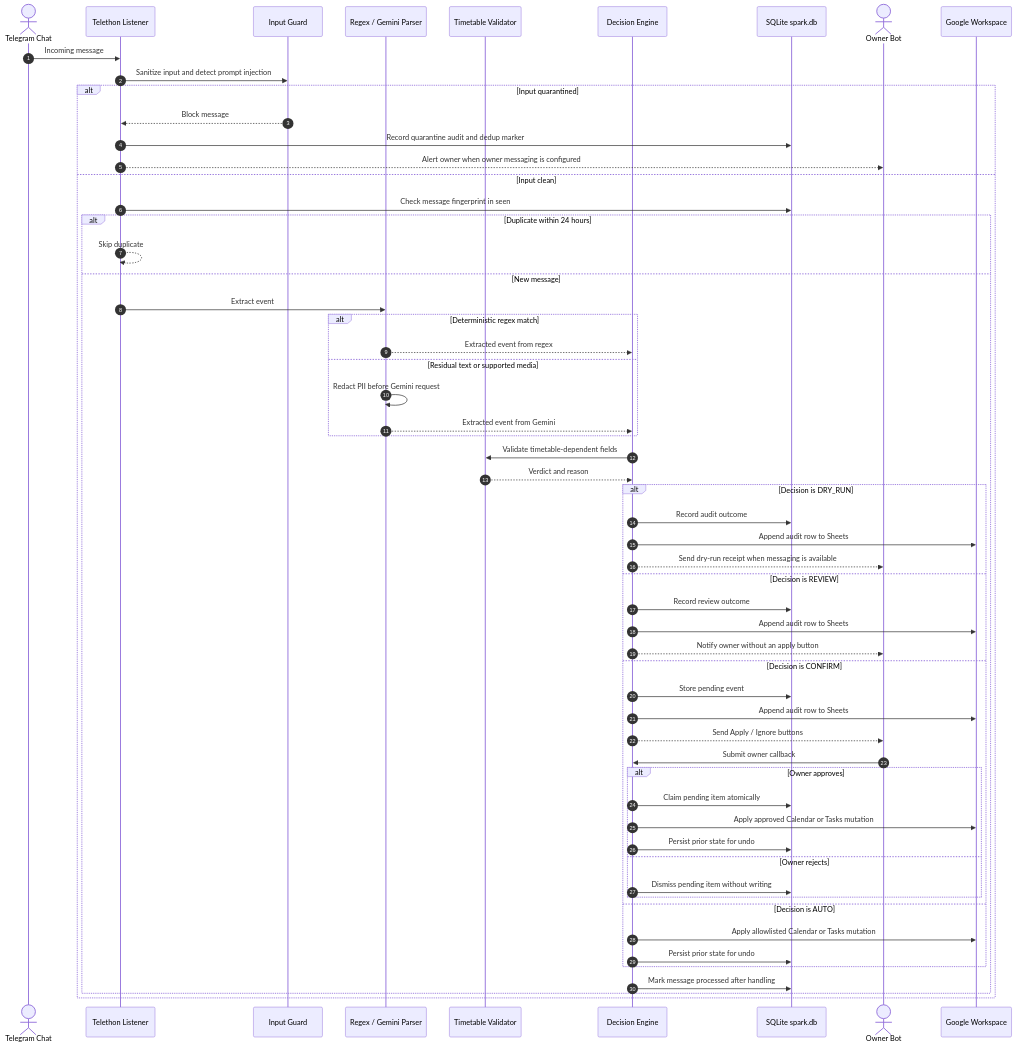
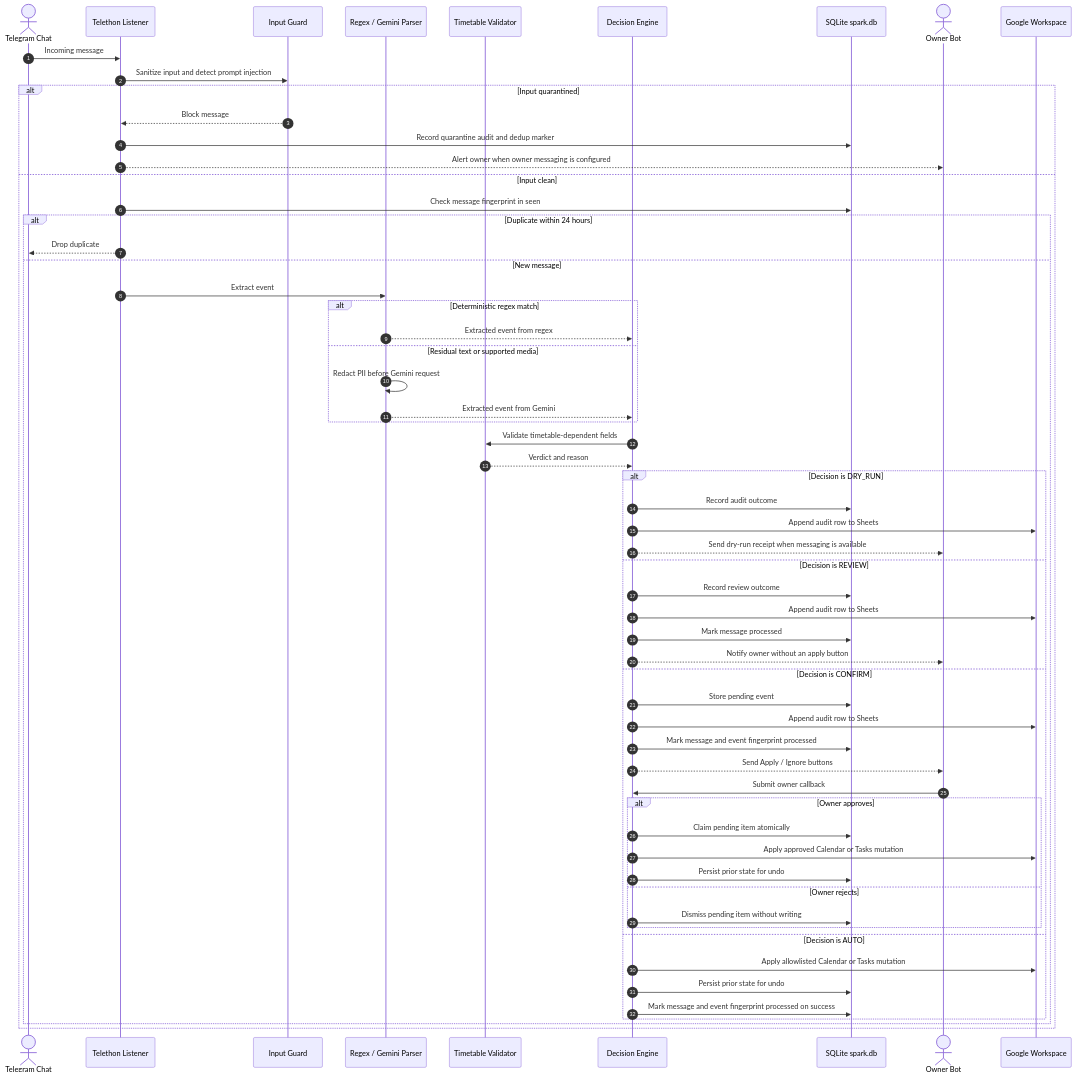
The second of 3 diagrams in README.md (tejaswin-amara/chatlens), drawn with Mermaid before and after one commit. The commit also changed other lines of this file, not shown here.

Commit message:
docs: clarify SPARK sequence and undo semantics

````diff
--- a/README.md
+++ b/README.md
@@ -65,61 +65,63 @@
 ```mermaid
 sequenceDiagram
     autonumber
     actor TG as Telegram Chat
     participant L as Telethon Listener
     participant G as Input Guard
     participant P as Regex / Gemini Parser
     participant T as Timetable Validator
     participant D as Decision Engine
     participant DB as SQLite spark.db
     actor O as Owner Bot
     participant W as Google Workspace
 
     TG->>L: Incoming message
     L->>G: Sanitize input and detect prompt injection
     alt Input quarantined
         G-->>L: Block message
         L->>DB: Record quarantine audit and dedup marker
         L-->>O: Alert owner when owner messaging is configured
     else Input clean
         L->>DB: Check message fingerprint in seen
         alt Duplicate within 24 hours
-            L-->>L: Skip duplicate
+            L-->>TG: Drop duplicate
         else New message
             L->>P: Extract event
             alt Deterministic regex match
                 P-->>D: Extracted event from regex
             else Residual text or supported media
                 P->>P: Redact PII before Gemini request
                 P-->>D: Extracted event from Gemini
             end
             D->>T: Validate timetable-dependent fields
             T-->>D: Verdict and reason
             alt Decision is DRY_RUN
                 D->>DB: Record audit outcome
                 D->>W: Append audit row to Sheets
                 D-->>O: Send dry-run receipt when messaging is available
             else Decision is REVIEW
                 D->>DB: Record review outcome
                 D->>W: Append audit row to Sheets
+                D->>DB: Mark message processed
                 D-->>O: Notify owner without an apply button
             else Decision is CONFIRM
                 D->>DB: Store pending event
                 D->>W: Append audit row to Sheets
+                D->>DB: Mark message and event fingerprint processed
                 D-->>O: Send Apply / Ignore buttons
                 O->>D: Submit owner callback
                 alt Owner approves
                     D->>DB: Claim pending item atomically
                     D->>W: Apply approved Calendar or Tasks mutation
                     D->>DB: Persist prior state for undo
                 else Owner rejects
                     D->>DB: Dismiss pending item without writing
                 end
             else Decision is AUTO
                 D->>W: Apply allowlisted Calendar or Tasks mutation
                 D->>DB: Persist prior state for undo
+                D->>DB: Mark message and event fingerprint processed on success
             end
-            D->>DB: Mark message processed after handling
         end
     end
 ```
````
